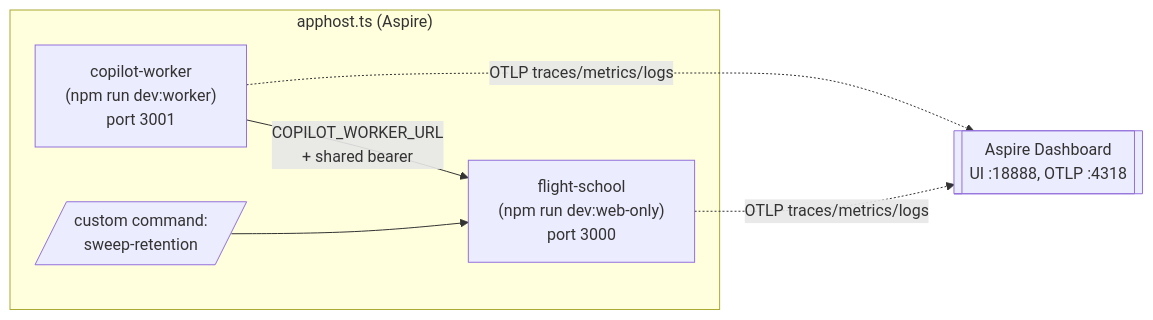
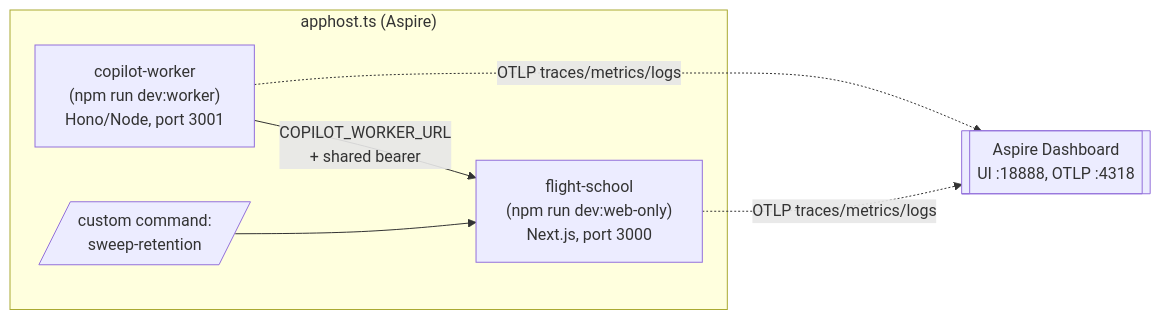
One commit to chrisreddington/flight-school changed the fourth of 6 diagrams in docs/architecture.md. Above: the diagram before and after it, drawn with Mermaid. The commit also changed other lines of this file and 61 other files, not shown here.

````diff
--- a/docs/architecture.md
+++ b/docs/architecture.md
@@ -354,14 +363,14 @@
 ```mermaid
 flowchart LR
     subgraph AppHost["apphost.ts (Aspire)"]
-        Web["flight-school<br/>(npm run dev:web-only)<br/>port 3000"]
-        Worker["copilot-worker<br/>(npm run dev:worker)<br/>port 3001"]
+        Web["flight-school<br/>(npm run dev:web-only)<br/>Next.js, port 3000"]
+        Worker["copilot-worker<br/>(npm run dev:worker)<br/>Hono/Node, port 3001"]
         Cmd[/"custom command:<br/>sweep-retention"/]
     end
     Dashboard[[Aspire Dashboard<br/>UI :18888, OTLP :4318]]
 
     Worker -->|COPILOT_WORKER_URL<br/>+ shared bearer| Web
     Web -. OTLP traces/metrics/logs .-> Dashboard
     Worker -. OTLP traces/metrics/logs .-> Dashboard
     Cmd --> Web
 ```
````
